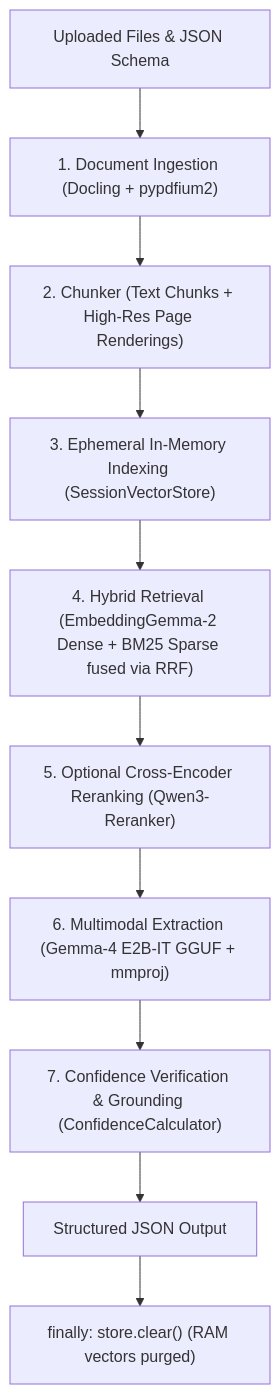
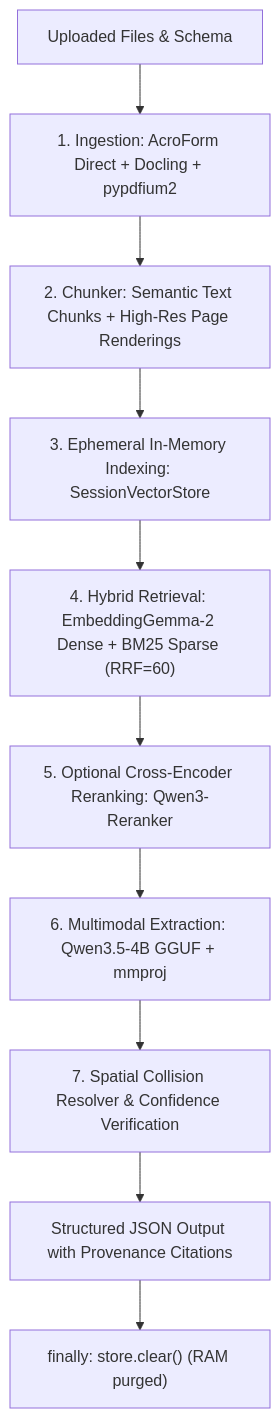
The diagram in README.md (N4YuC4/DocNeedle), drawn with Mermaid before and after one commit. The commit also changed other lines of this file and 46 other files, not shown here.

First line of the commit message:
feat: add AcroForm extraction, spatial collision resolution, and modular LLM pipeline, benchmark

````diff
--- a/README.md
+++ b/README.md
@@ -350,12 +287,12 @@
 ```mermaid
 flowchart TD
-    A["Uploaded Files & JSON Schema"] --> B["1. Document Ingestion (Docling + pypdfium2)"]
-    B --> C["2. Chunker (Text Chunks + High-Res Page Renderings)"]
-    C --> D["3. Ephemeral In-Memory Indexing (SessionVectorStore)"]
-    D --> E["4. Hybrid Retrieval (EmbeddingGemma-2 Dense + BM25 Sparse fused via RRF)"]
-    E --> F["5. Optional Cross-Encoder Reranking (Qwen3-Reranker)"]
-    F --> G["6. Multimodal Extraction (Gemma-4 E2B-IT GGUF + mmproj)"]
-    G --> H["7. Confidence Verification & Grounding (ConfidenceCalculator)"]
-    H --> I["Structured JSON Output"]
-    I --> J["finally: store.clear() (RAM vectors purged)"]
+    A["Uploaded Files & Schema"] --> B["1. Ingestion: AcroForm Direct + Docling + pypdfium2"]
+    B --> C["2. Chunker: Semantic Text Chunks + High-Res Page Renderings"]
+    C --> D["3. Ephemeral In-Memory Indexing: SessionVectorStore"]
+    D --> E["4. Hybrid Retrieval: EmbeddingGemma-2 Dense + BM25 Sparse (RRF=60)"]
+    E --> F["5. Optional Cross-Encoder Reranking: Qwen3-Reranker"]
+    F --> G["6. Multimodal Extraction: Qwen3.5-4B GGUF + mmproj"]
+    G --> H["7. Spatial Collision Resolver & Confidence Verification"]
+    H --> I["Structured JSON Output with Provenance Citations"]
+    I --> J["finally: store.clear() (RAM purged)"]
 ```
````
